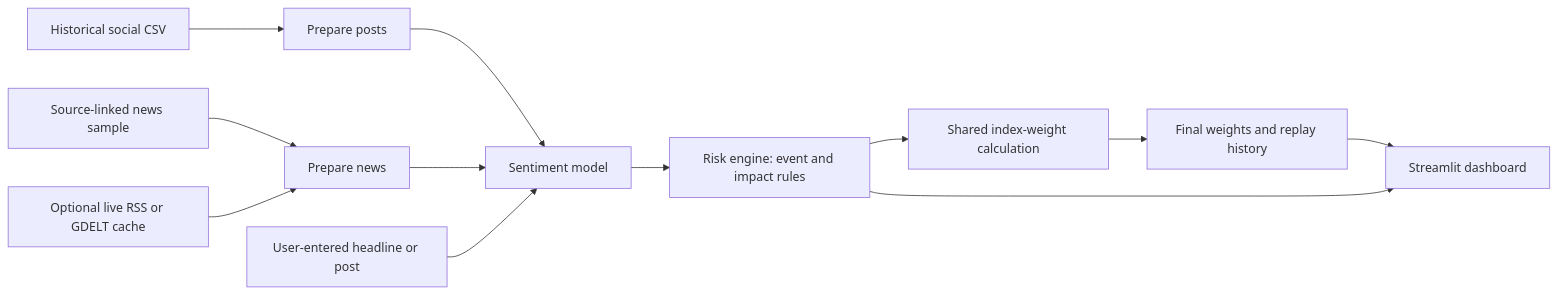
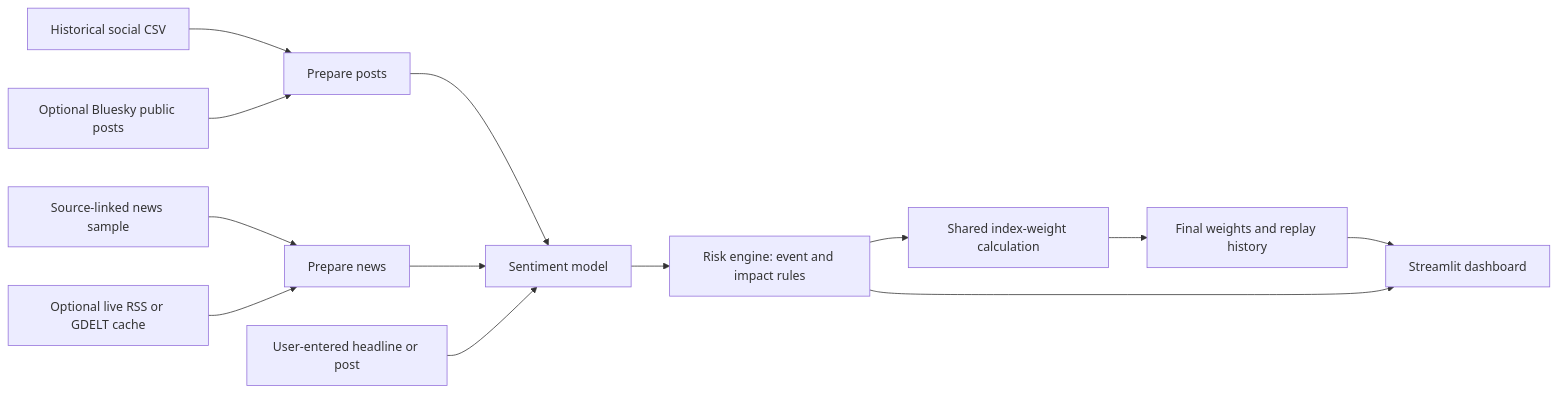
The diagram in README.md (f20230824-bot/BITS_Goa-Parth_Chourasia_hackathon), drawn with Mermaid before and after one commit. The commit also changed other lines of this file and 6 other files, not shown here.

````diff
--- a/README.md
+++ b/README.md
@@ -21,14 +22,15 @@
 ```mermaid
 flowchart LR
     A[Historical social CSV] --> B[Prepare posts]
+    L[Optional Bluesky public posts] --> B
     C[Source-linked news sample] --> D[Prepare news]
     E[Optional live RSS or GDELT cache] --> D
     B --> F[Sentiment model]
     D --> F
     F --> G[Risk engine: event and impact rules]
     G --> H[Shared index-weight calculation]
     H --> I[Final weights and replay history]
     I --> J[Streamlit dashboard]
     K[User-entered headline or post] --> F
     G --> J
 ```
````
